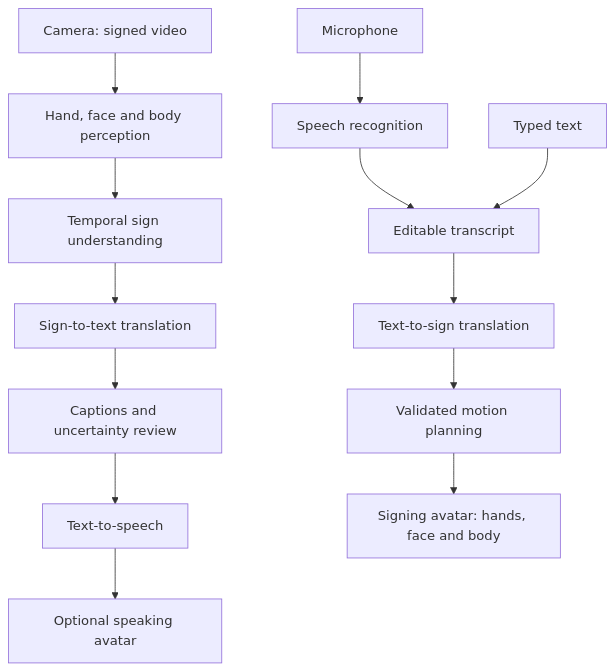
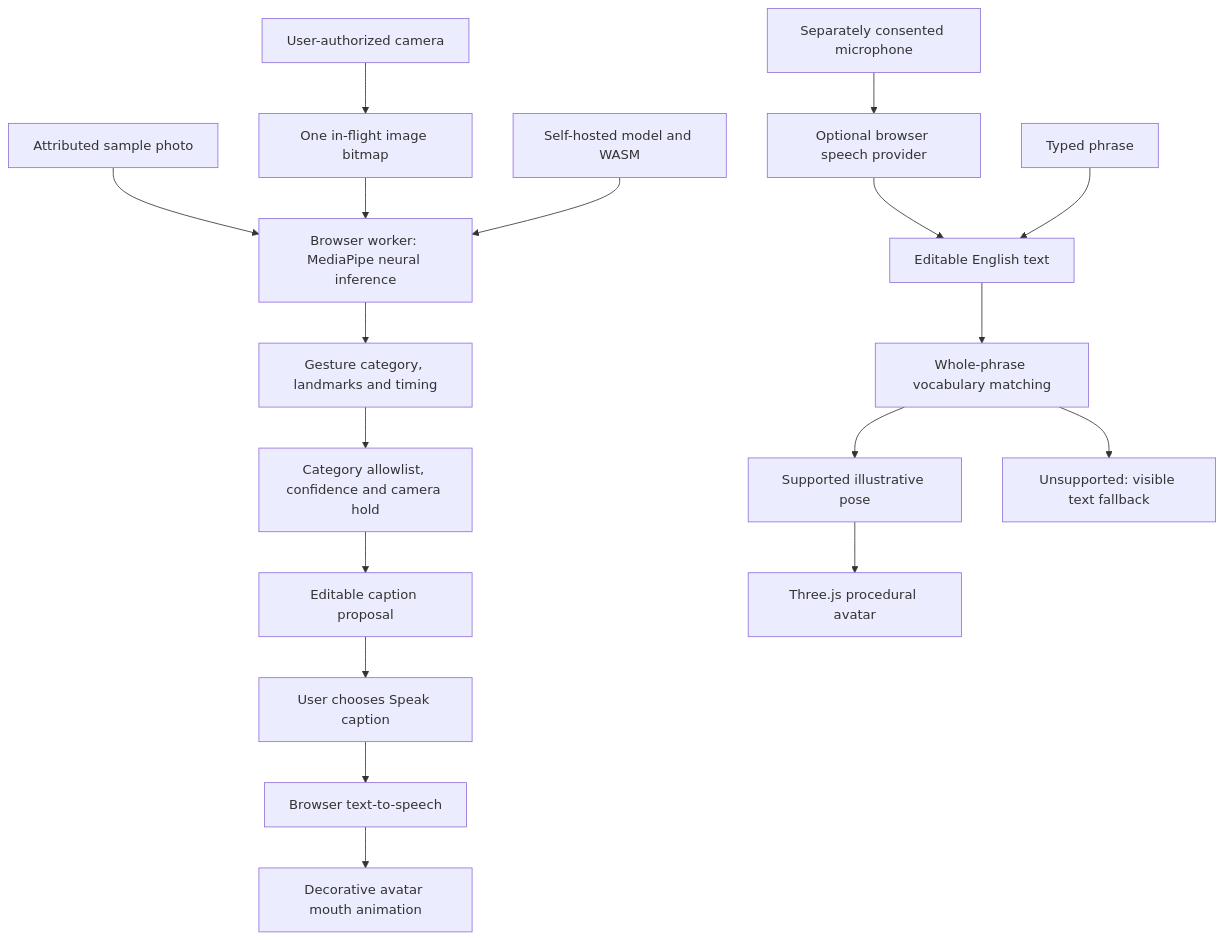
One commit to vams2krish/DL-SignBridge changed the diagram in README.md. Above: the diagram before and after it, drawn with Mermaid. The commit also changed other lines of this file and 36 other files, not shown here.

Commit message:
feat: ship gesture-to-speech and avatar demo with product showcases

````diff
--- a/README.md
+++ b/README.md
@@ -59,15 +110,20 @@
 ```mermaid
 flowchart TD
-    Camera[Camera: signed video] --> Perception[Hand, face and body perception]
-    Perception --> Temporal[Temporal sign understanding]
-    Temporal --> Translation[Sign-to-text translation]
-    Translation --> Review[Captions and uncertainty review]
-    Review --> Speech[Text-to-speech]
-    Speech --> Speaking[Optional speaking avatar]
-    Mic[Microphone] --> ASR[Speech recognition]
-    ASR --> Transcript[Editable transcript]
-    Text[Typed text] --> Transcript
-    Transcript --> SignTranslation[Text-to-sign translation]
-    SignTranslation --> Motion[Validated motion planning]
-    Motion --> Signing[Signing avatar: hands, face and body]
+    Camera[User-authorized camera] --> Frames[One in-flight image bitmap]
+    Sample[Attributed sample photo] --> Worker
+    Frames --> Worker[Browser worker: MediaPipe neural inference]
+    Assets[Self-hosted model and WASM] --> Worker
+    Worker --> Landmarks[Gesture category, landmarks and timing]
+    Landmarks --> Gate[Category allowlist, confidence and camera hold]
+    Gate --> Review[Editable caption proposal]
+    Review --> Confirm[User chooses Speak caption]
+    Confirm --> TTS[Browser text-to-speech]
+    TTS --> Speaking[Decorative avatar mouth animation]
+    Mic[Separately consented microphone] --> ASR[Optional browser speech provider]
+    ASR --> Text[Editable English text]
+    Typed[Typed phrase] --> Text
+    Text --> Exact[Whole-phrase vocabulary matching]
+    Exact --> Supported[Supported illustrative pose]
+    Exact --> Fallback[Unsupported: visible text fallback]
+    Supported --> Avatar[Three.js procedural avatar]
 ```
````
